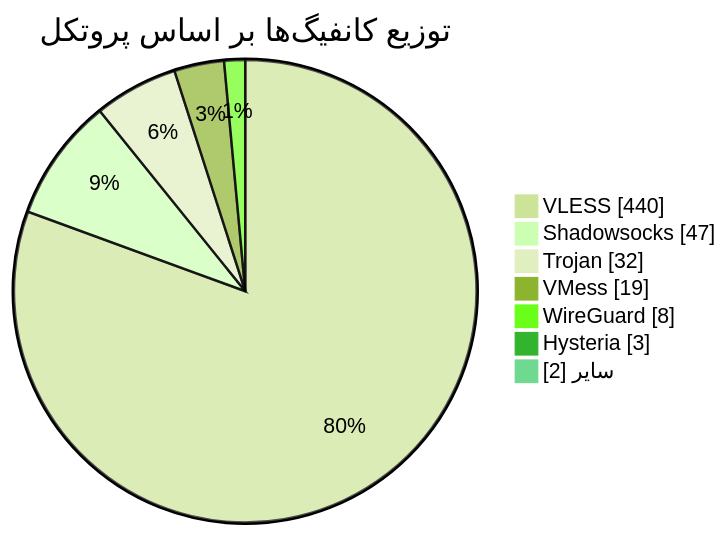
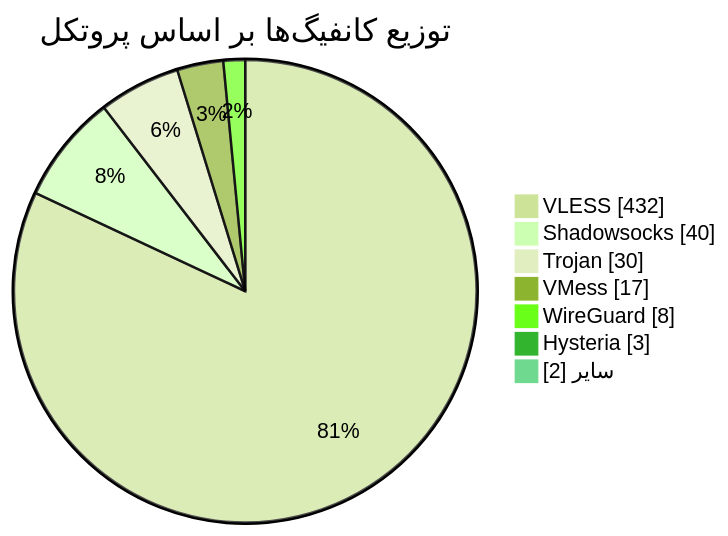
Before and after one commit to Arian-Alijani/Somthing: the diagram in README.md, drawn with Mermaid (forest theme). The commit also changed other lines of this file and 85 other files, not shown here.

````diff
--- a/README.md
+++ b/README.md
@@ -49,11 +49,11 @@
 ```mermaid
 pie showData
     title توزیع کانفیگ‌ها بر اساس پروتکل
-    "VLESS" : 440
-    "Shadowsocks" : 47
-    "Trojan" : 32
-    "VMess" : 19
+    "VLESS" : 432
+    "Shadowsocks" : 40
+    "Trojan" : 30
+    "VMess" : 17
     "WireGuard" : 8
     "Hysteria" : 3
     "سایر" : 2
 ```
````
